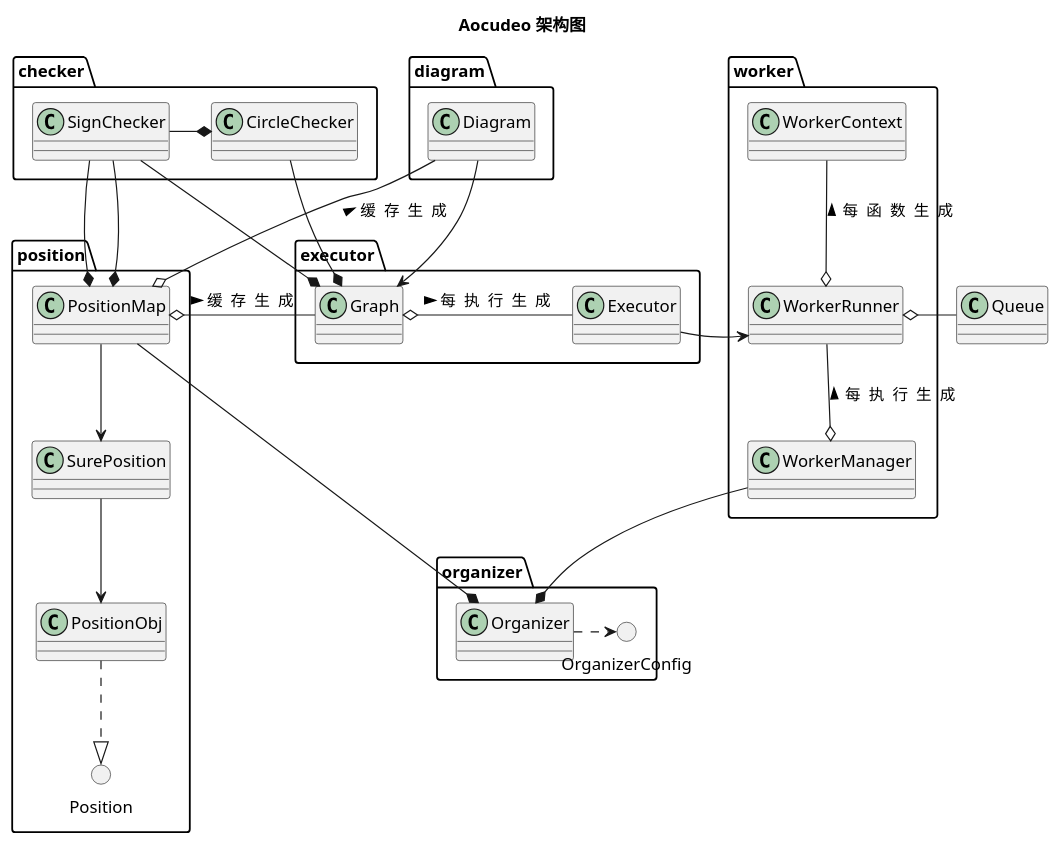
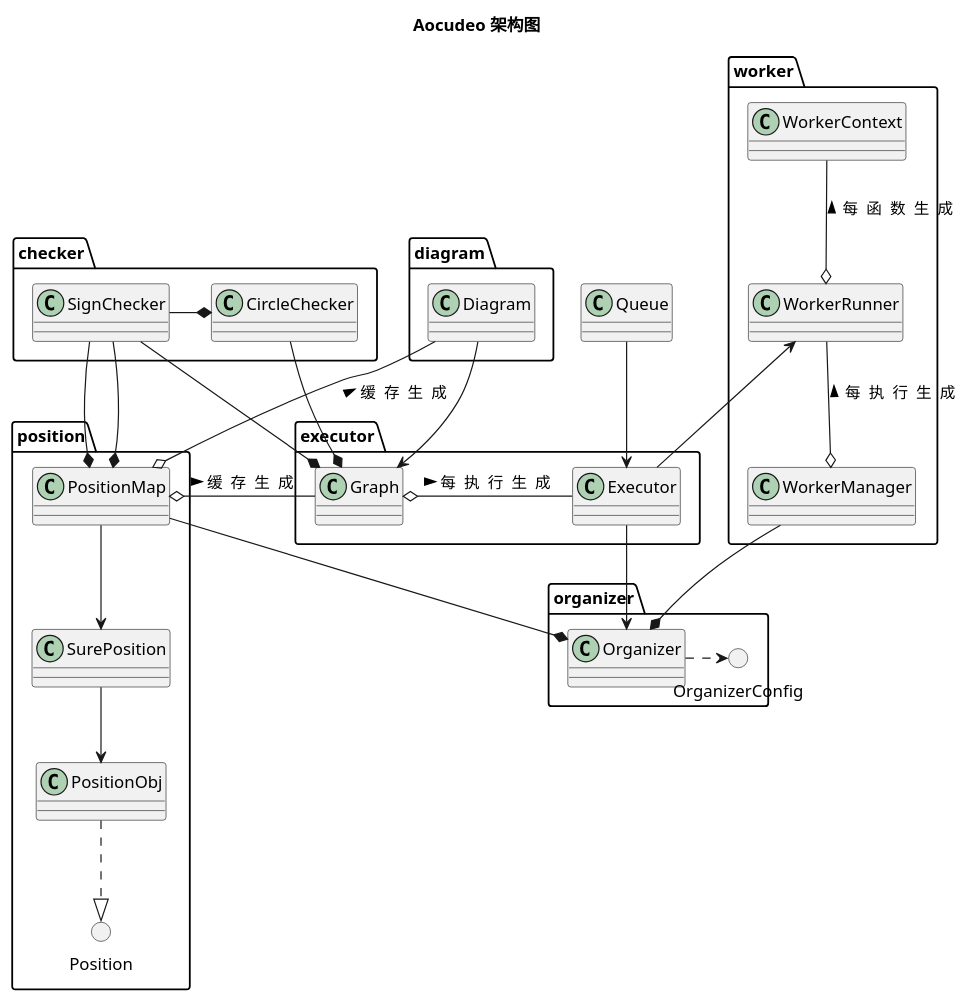
Before and after one commit to n9gc/mcdjs: the diagram in packages/aocudeo/lib/arch.puml, drawn with PlantUML. The commit also changed 2 other files, not shown here.

```diff
--- a/packages/aocudeo/lib/arch.puml
+++ b/packages/aocudeo/lib/arch.puml
@@ -1,49 +1,50 @@
 @startuml
 title Aocudeo 架构图
 class Queue
 package checker {
 	class CircleChecker
 	class SignChecker
 	SignChecker -* CircleChecker
 }
 package diagram {
 	class Diagram
 }
 package executor {
 	class Executor
 	class Graph
 }
 package organizer {
 	class Organizer
 	() OrganizerConfig
 	Organizer .> OrganizerConfig
 }
 package position {
 	() Position
 	class PositionMap
 	class PositionObj
 	class SurePosition
 	PositionObj ..|> Position
 	SurePosition --> PositionObj
 	PositionMap --> SurePosition
 }
 package worker {
 	class WorkerContext
 	class WorkerRunner
 	class WorkerManager
 	WorkerRunner --o WorkerManager : < 每  执  行  生  成
 	WorkerContext --o WorkerRunner : < 每  函  数  生  成
 }
-Queue -o WorkerRunner
+Queue --> Executor
 Diagram -> Graph
 PositionMap --* Organizer
 Executor -o Graph : < 每  执  行  生  成
 Executor -> WorkerRunner
 CircleChecker --* Graph
 SignChecker --* PositionMap
 SignChecker --* PositionMap
 PositionMap o- Graph : 缓  存  生  成 >
 SignChecker --* Graph
 WorkerManager --* Organizer
 Diagram --o PositionMap : < 缓  存  生  成
+Organizer <-- Executor
 @enduml
```
